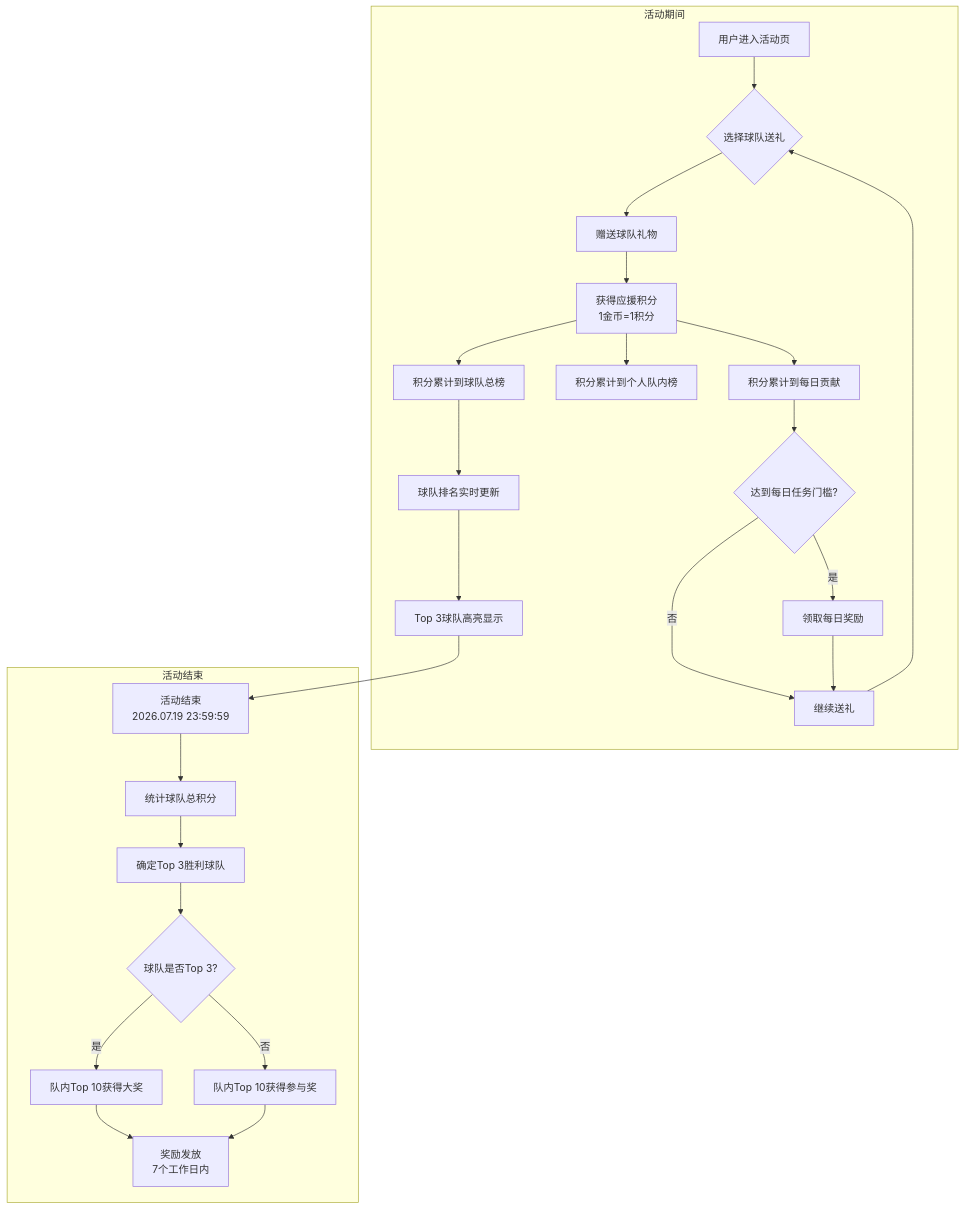
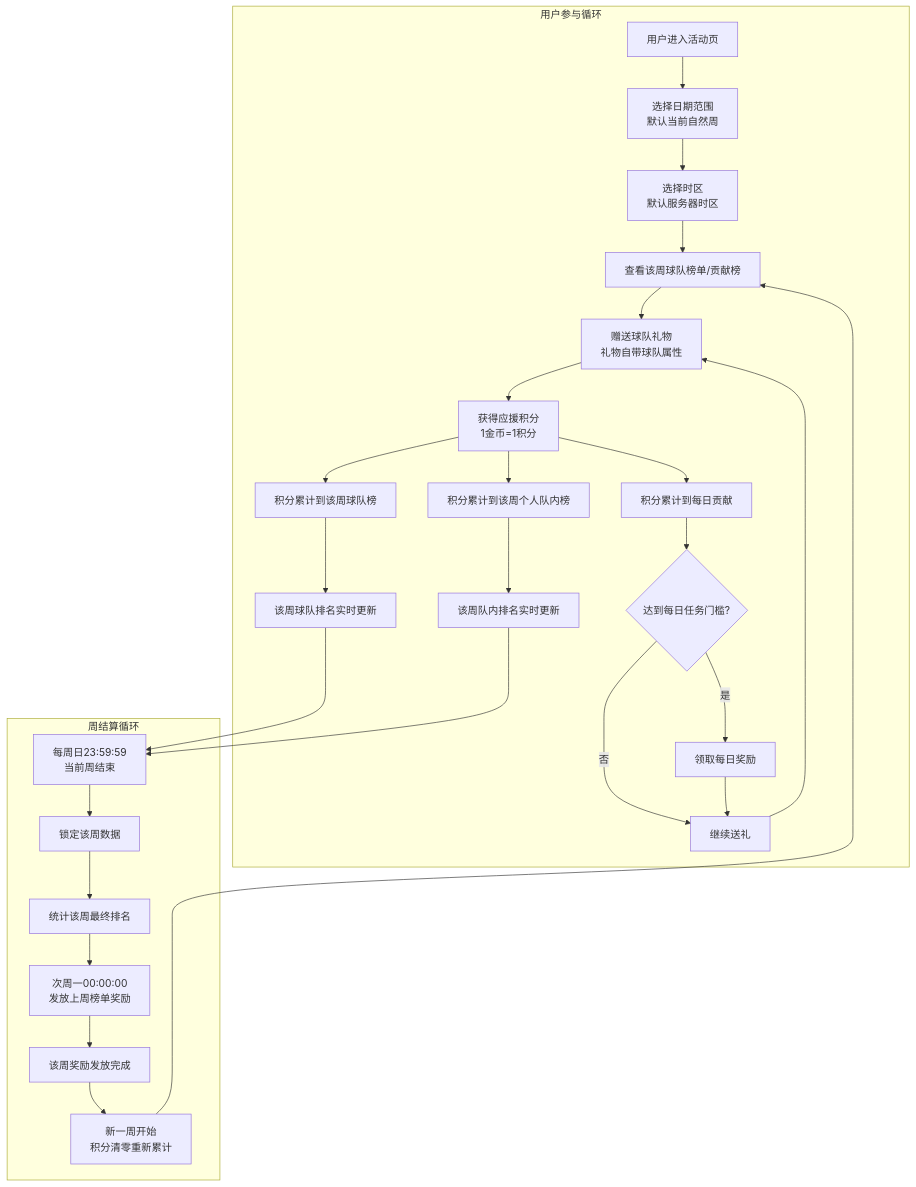
Before and after one commit to kocekid/2026-WorldCup-Activity-Requirements: the first of 7 diagrams in 2026世界杯活动需求文档.md, drawn with Mermaid. The commit also changed other lines of this file, not shown here.

````diff
--- a/2026世界杯活动需求文档.md
+++ b/2026世界杯活动需求文档.md
@@ -63,32 +63,34 @@
 ```mermaid
 flowchart TD
-    subgraph 活动期间
-        A[用户进入活动页] --> B{选择球队送礼}
-        B --> C[赠送球队礼物]
-        C --> D[获得应援积分<br>1金币=1积分]
-        D --> E[积分累计到球队总榜]
-        D --> F[积分累计到个人队内榜]
-        D --> G[积分累计到每日贡献]
+    subgraph 用户参与循环
+        A[用户进入活动页] --> B[选择日期范围<br>默认当前自然周]
+        B --> BA[选择时区<br>默认服务器时区]
+        BA --> C[查看该周球队榜单/贡献榜]
+        C --> D[赠送球队礼物<br>礼物自带球队属性]
+        D --> E[获得应援积分<br>1金币=1积分]
+        E --> F[积分累计到该周球队榜]
+        E --> G[积分累计到该周个人队内榜]
+        E --> H[积分累计到每日贡献]
         
-        G --> H{达到每日任务门槛?}
-        H -->|是| I[领取每日奖励]
-        H -->|否| J[继续送礼]
-        I --> J
+        H --> I{达到每日任务门槛?}
+        I -->|是| J[领取每日奖励]
+        I -->|否| K[继续送礼]
+        J --> K
         
-        E --> K[球队排名实时更新]
-        K --> L[Top 3球队高亮显示]
+        F --> L[该周球队排名实时更新]
+        G --> M[该周队内排名实时更新]
     end
     
-    subgraph 活动结束
-        M[活动结束<br>2026.07.19 23:59:59] --> N[统计球队总积分]
-        N --> O[确定Top 3胜利球队]
-        O --> P{球队是否Top 3?}
-        P -->|是| Q[队内Top 10获得大奖]
-        P -->|否| R[队内Top 10获得参与奖]
-        Q --> S[奖励发放<br>7个工作日内]
-        R --> S
+    subgraph 周结算循环
+        N[每周日23:59:59<br>当前周结束] --> O[锁定该周数据]
+        O --> P[统计该周最终排名]
+        P --> Q[次周一00:00:00<br>发放上周榜单奖励]
+        Q --> R[该周奖励发放完成]
+        R --> S[新一周开始<br>积分清零重新累计]
     end
     
-    J --> B
-    L --> M
+    K --> D
+    L --> N
+    M --> N
+    S --> C
 ```
````
